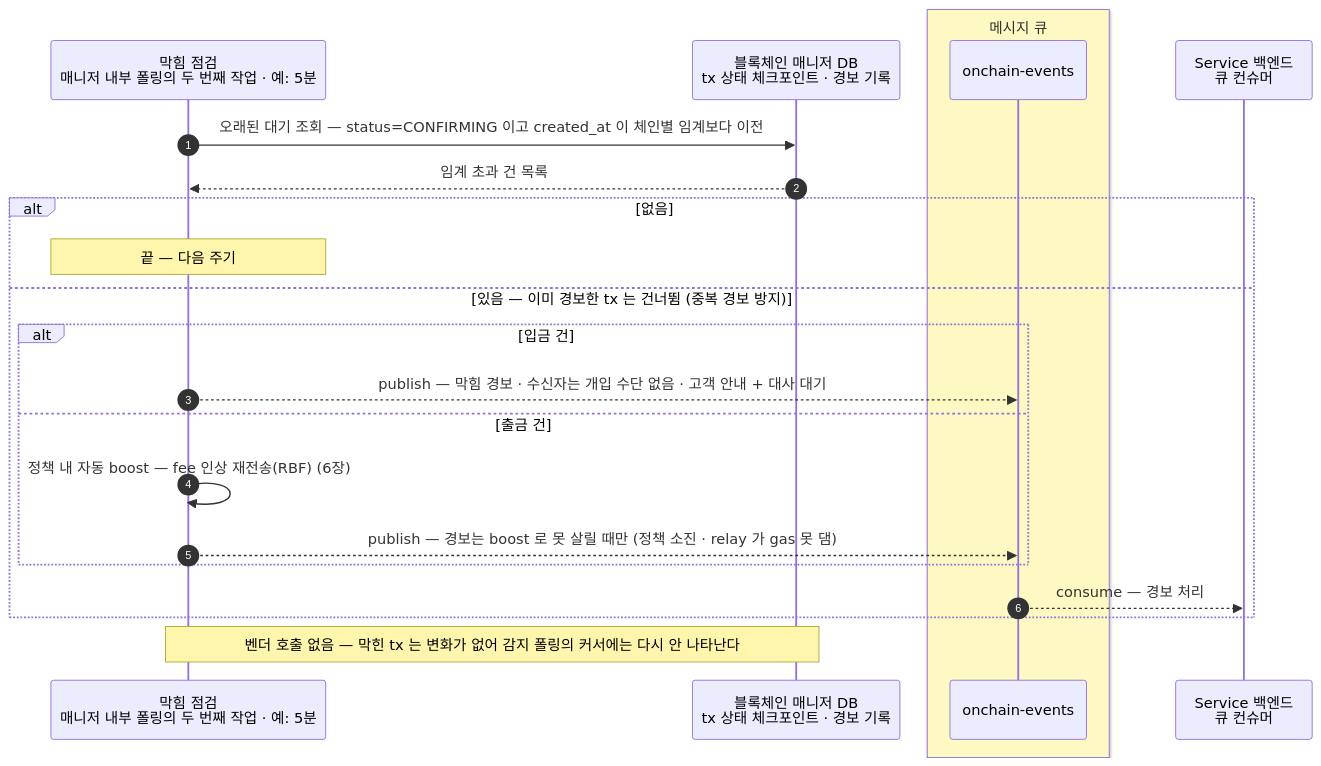
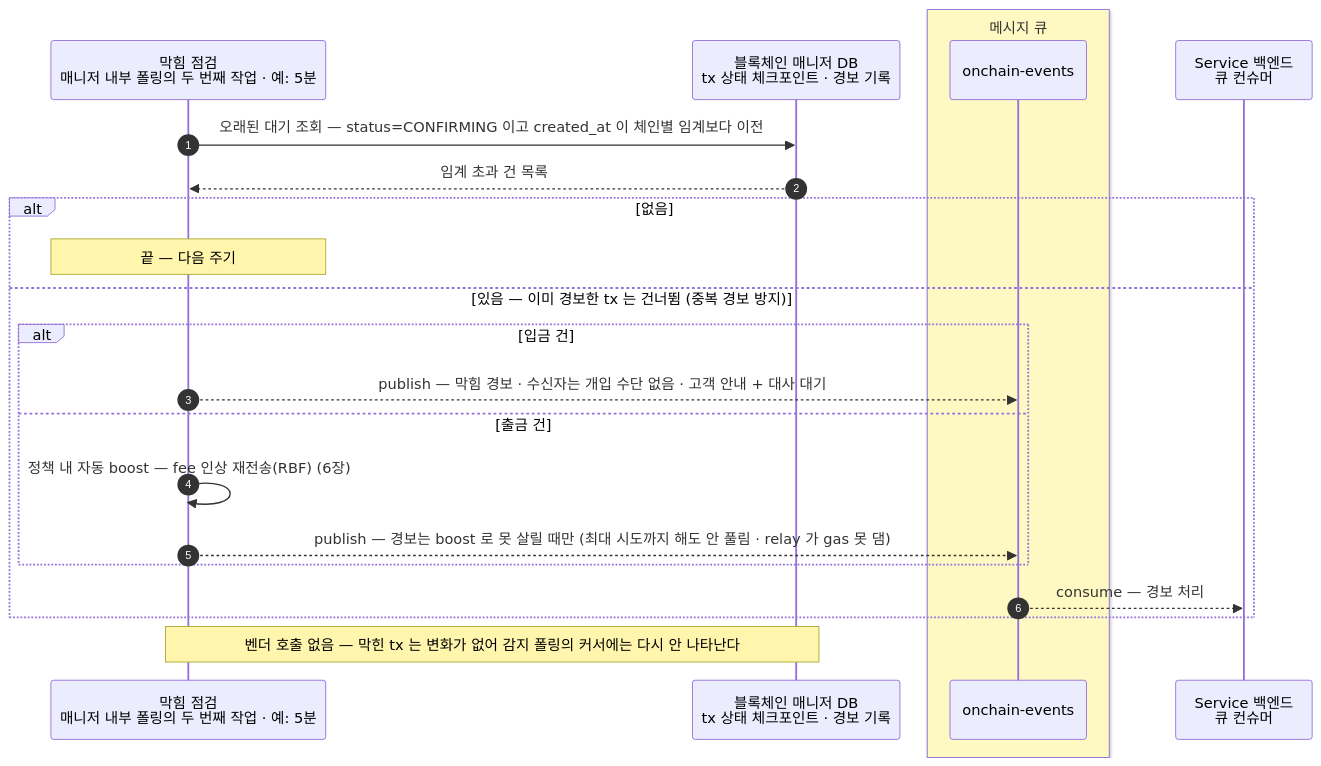
The second of 2 diagrams in blockchain-manager/docs/블록체인매니저/설계/04-detect-confirm.md (eunsujeo/eunpus), drawn with Mermaid before and after one commit. The commit also changed other lines of this file and 1 other file, not shown here.

Commit message:
4·6장: "정책 소진" → "최대 시도까지 boost 해도 안 풀림"(평이)

````diff
--- a/blockchain-manager/docs/블록체인매니저/설계/04-detect-confirm.md
+++ b/blockchain-manager/docs/블록체인매니저/설계/04-detect-confirm.md
@@ -109,25 +109,25 @@
 ```mermaid
 sequenceDiagram
     autonumber
     participant SW as 막힘 점검<br/>매니저 내부 폴링의 두 번째 작업 · 예: 5분
     participant MDB as 블록체인 매니저 DB<br/>tx 상태 체크포인트 · 경보 기록
     box rgb(254,249,195) 메시지 큐
     participant MQ as onchain-events
     end
     participant BE as Service 백엔드<br/>큐 컨슈머
 
     SW->>MDB: 오래된 대기 조회 — status=CONFIRMING 이고 created_at 이 체인별 임계보다 이전
     MDB-->>SW: 임계 초과 건 목록
     alt 없음
         Note over SW: 끝 — 다음 주기
     else 있음 — 이미 경보한 tx 는 건너뜀 (중복 경보 방지)
         alt 입금 건
             SW-->>MQ: publish — 막힘 경보 · 수신자는 개입 수단 없음 · 고객 안내 + 대사 대기
         else 출금 건
             SW->>SW: 정책 내 자동 boost — fee 인상 재전송(RBF) (6장)
-            SW-->>MQ: publish — 경보는 boost 로 못 살릴 때만 (정책 소진 · relay 가 gas 못 댐)
+            SW-->>MQ: publish — 경보는 boost 로 못 살릴 때만 (최대 시도까지 해도 안 풀림 · relay 가 gas 못 댐)
         end
         MQ-->>BE: consume — 경보 처리
     end
     Note over SW,MDB: 벤더 호출 없음 — 막힌 tx 는 변화가 없어 감지 폴링의 커서에는 다시 안 나타난다
 ```
````
